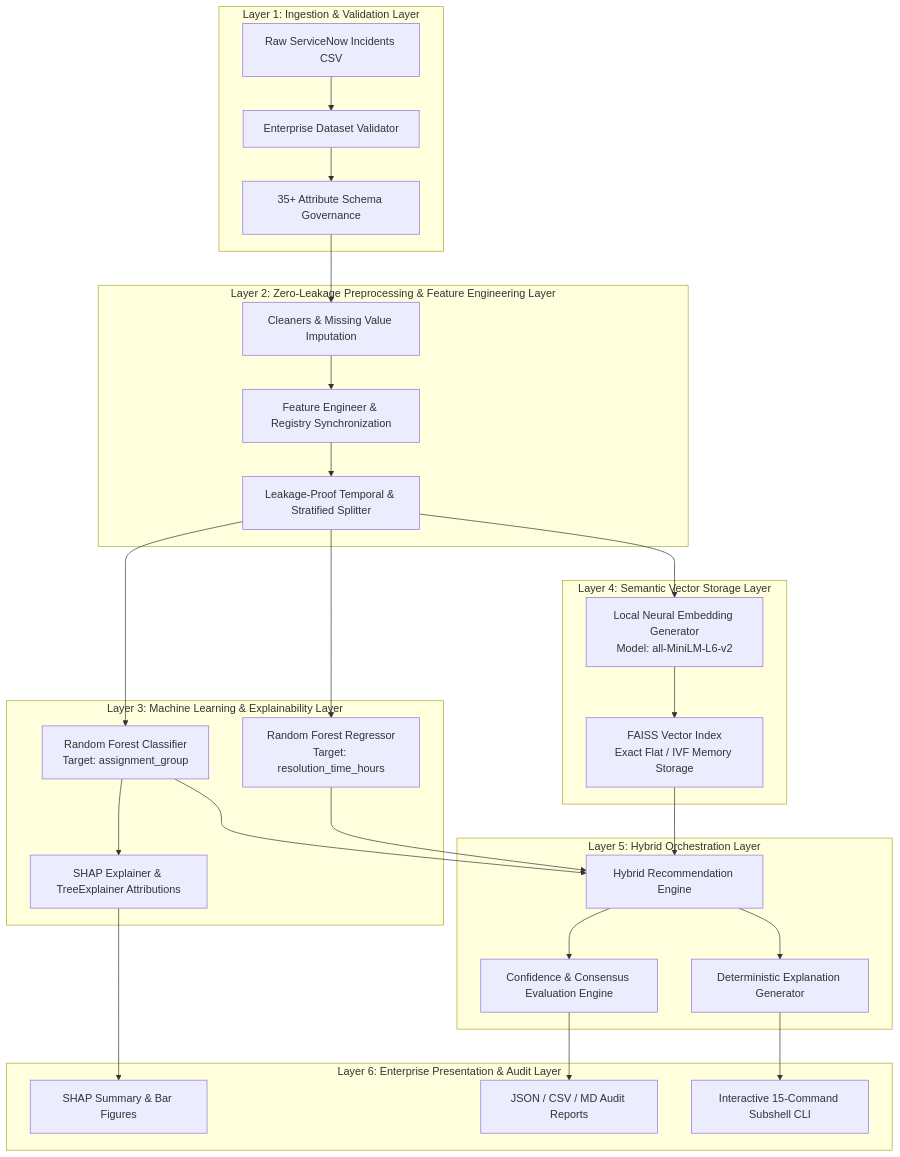
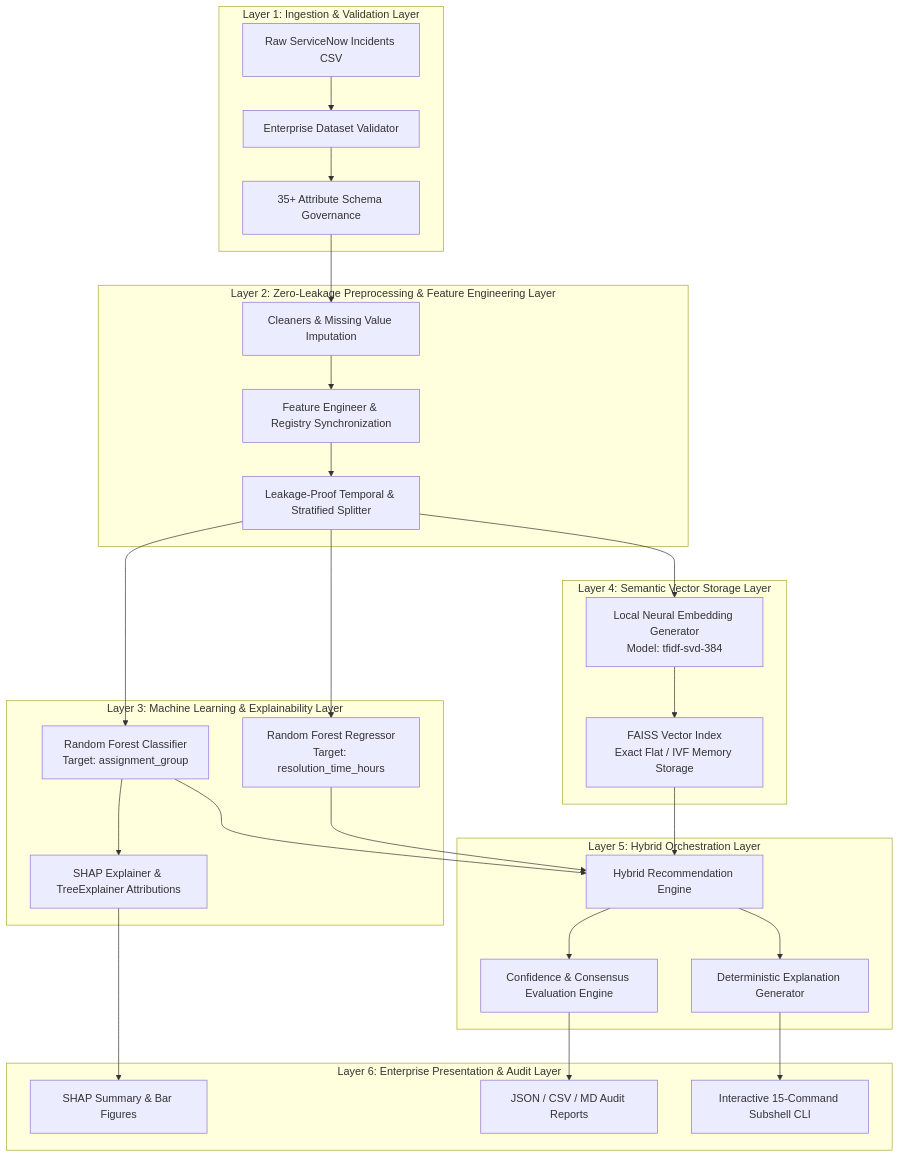
One commit to anshsingh1121/ML changed the diagram in README.md. Above: the diagram before and after it, drawn with Mermaid. The commit also changed other lines of this file and 60 other files, not shown here.

Commit message:
Refactor: Deep cleanup, remove HPO and legacy code, consolidate CatBoost architecture

````diff
--- a/README.md
+++ b/README.md
@@ -22,38 +22,38 @@
 ```mermaid
 graph TD
     subgraph Layer 1: Ingestion & Validation Layer
         RAW[Raw ServiceNow Incidents CSV] --> VAL[Enterprise Dataset Validator]
         VAL --> SCHEMA[35+ Attribute Schema Governance]
     end
 
     subgraph Layer 2: Zero-Leakage Preprocessing & Feature Engineering Layer
         SCHEMA --> CLEAN[Cleaners & Missing Value Imputation]
         CLEAN --> ENG[Feature Engineer & Registry Synchronization]
         ENG --> SPLIT[Leakage-Proof Temporal & Stratified Splitter]
     end
 
     subgraph Layer 3: Machine Learning & Explainability Layer
         SPLIT --> RF_CLF[Random Forest Classifier<br/>Target: assignment_group]
         SPLIT --> RF_REG[Random Forest Regressor<br/>Target: resolution_time_hours]
         RF_CLF --> SHAP_EX[SHAP Explainer & TreeExplainer Attributions]
     end
 
     subgraph Layer 4: Semantic Vector Storage Layer
-        SPLIT --> EMBED[Local Neural Embedding Generator<br/>Model: all-MiniLM-L6-v2]
+        SPLIT --> EMBED[Local Neural Embedding Generator<br/>Model: tfidf-svd-384]
         EMBED --> FAISS[FAISS Vector Index<br/>Exact Flat / IVF Memory Storage]
     end
 
     subgraph Layer 5: Hybrid Orchestration Layer
         RF_CLF --> HYBRID[Hybrid Recommendation Engine]
         RF_REG --> HYBRID
         FAISS --> HYBRID
         HYBRID --> CONF[Confidence & Consensus Evaluation Engine]
         HYBRID --> REASON[Deterministic Explanation Generator]
     end
 
     subgraph Layer 6: Enterprise Presentation & Audit Layer
         CONF --> REPORTS[JSON / CSV / MD Audit Reports]
         REASON --> CLI[Interactive 15-Command Subshell CLI]
         SHAP_EX --> CHARTS[SHAP Summary & Bar Figures]
     end
 ```
````
